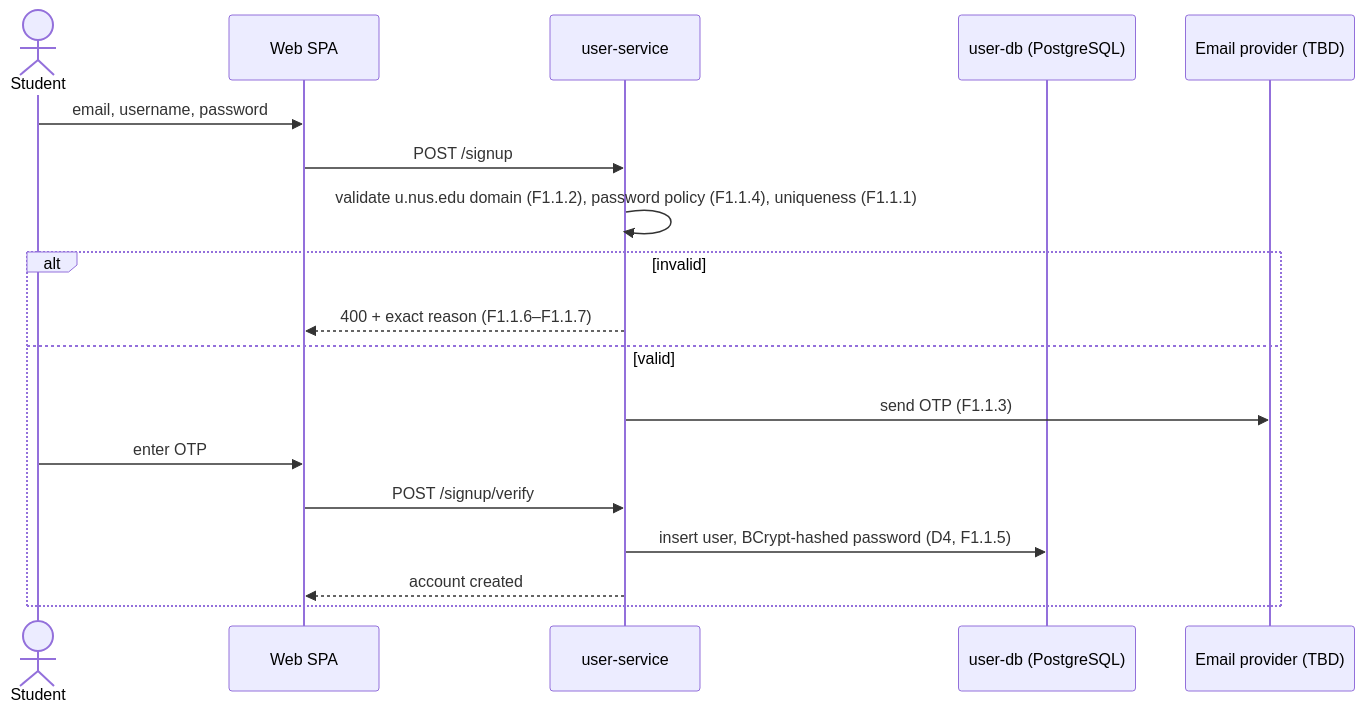
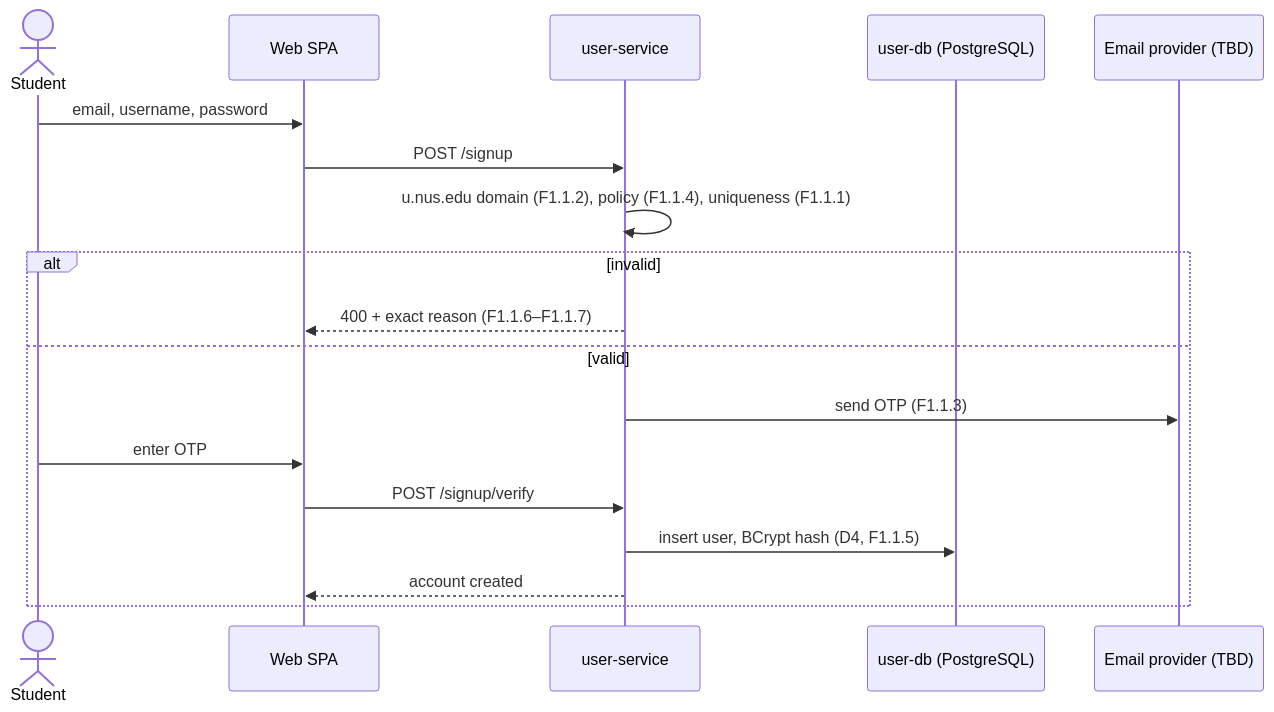
Before and after one commit to AY2627S1-CS3219-P23/foc: the fourth of 6 diagrams in docs/d2-progress-check.md, drawn with Mermaid. The commit also changed other lines of this file and 1 other file, not shown here.

First line of the commit message:
docs: rewrite D2 readiness TRD for concision, diagrams over prose

````diff
--- a/docs/d2-progress-check.md
+++ b/docs/d2-progress-check.md
@@ -210,21 +201,21 @@
 ```mermaid
 sequenceDiagram
     actor Student
     participant SPA as Web SPA
     participant US as user-service
     participant DB as user-db (PostgreSQL)
     participant Mail as Email provider (TBD)
 
     Student->>SPA: email, username, password
     SPA->>US: POST /signup
-    US->>US: validate u.nus.edu domain (F1.1.2), password policy (F1.1.4), uniqueness (F1.1.1)
+    US->>US: u.nus.edu domain (F1.1.2), policy (F1.1.4), uniqueness (F1.1.1)
     alt invalid
         US-->>SPA: 400 + exact reason (F1.1.6–F1.1.7)
     else valid
         US->>Mail: send OTP (F1.1.3)
         Student->>SPA: enter OTP
         SPA->>US: POST /signup/verify
-        US->>DB: insert user, BCrypt-hashed password (D4, F1.1.5)
+        US->>DB: insert user, BCrypt hash (D4, F1.1.5)
         US-->>SPA: account created
     end
 ```
````
